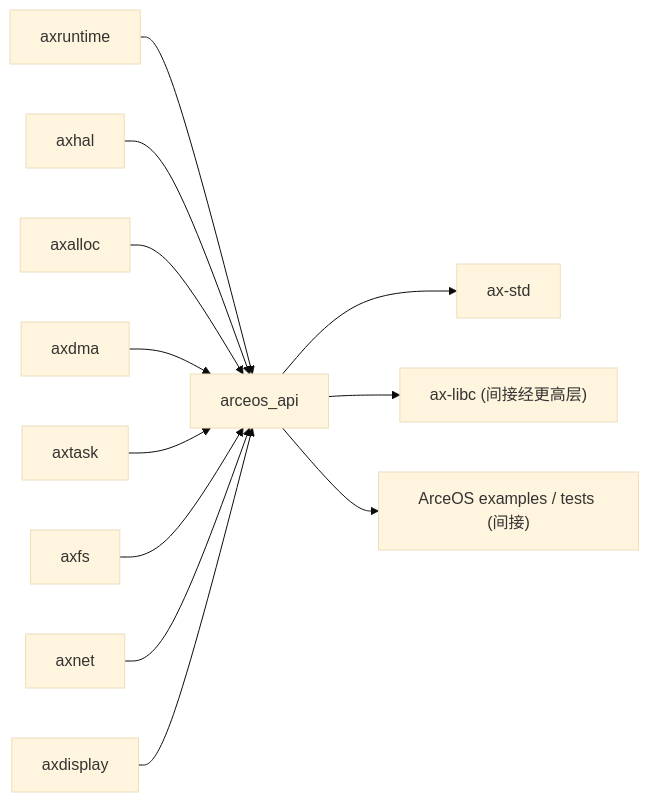
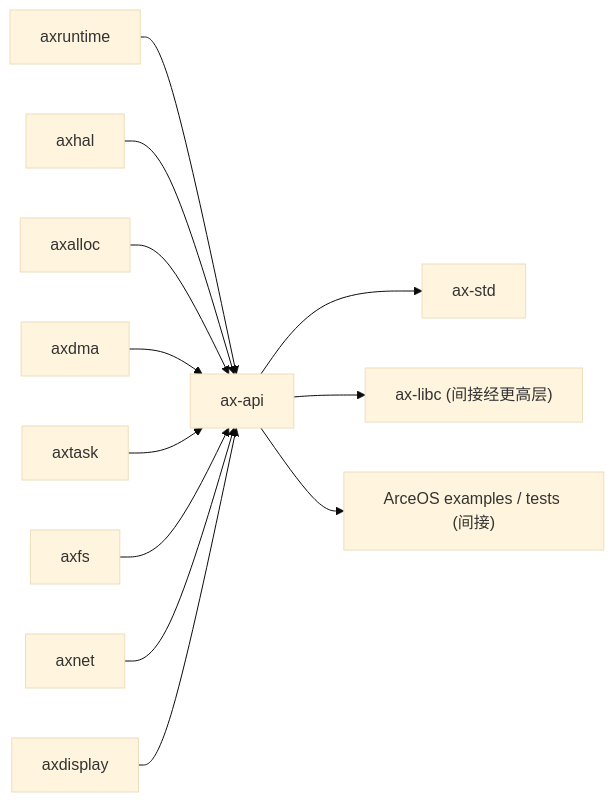
Before and after one commit to zKurisu/tgoskits: the diagram in docs/crates/arceos_api.md, drawn with Mermaid (base theme). The commit also changed other lines of this file and 61 other files, not shown here.

Commit message:
rename arceos_api to ax-api

````diff
--- a/docs/crates/arceos_api.md
+++ b/docs/crates/arceos_api.md
@@ -110,15 +110,15 @@
 ```mermaid
 graph LR
-    axruntime["axruntime"] --> arceos_api["arceos_api"]
-    axhal["axhal"] --> arceos_api
-    axalloc["axalloc"] --> arceos_api
-    axdma["axdma"] --> arceos_api
-    axtask["axtask"] --> arceos_api
-    axfs["axfs"] --> arceos_api
-    axnet["axnet"] --> arceos_api
-    axdisplay["axdisplay"] --> arceos_api
+    axruntime["axruntime"] --> ax-api["ax-api"]
+    axhal["axhal"] --> ax-api
+    axalloc["axalloc"] --> ax-api
+    axdma["axdma"] --> ax-api
+    axtask["axtask"] --> ax-api
+    axfs["axfs"] --> ax-api
+    axnet["axnet"] --> ax-api
+    axdisplay["axdisplay"] --> ax-api
 
-    arceos_api --> ax-std["ax-std"]
-    arceos_api --> ax-libc["ax-libc (间接经更高层)"]
-    arceos_api --> arceos_examples["ArceOS examples / tests (间接)"]
+    ax-api --> ax-std["ax-std"]
+    ax-api --> ax-libc["ax-libc (间接经更高层)"]
+    ax-api --> arceos_examples["ArceOS examples / tests (间接)"]
 ```
````
